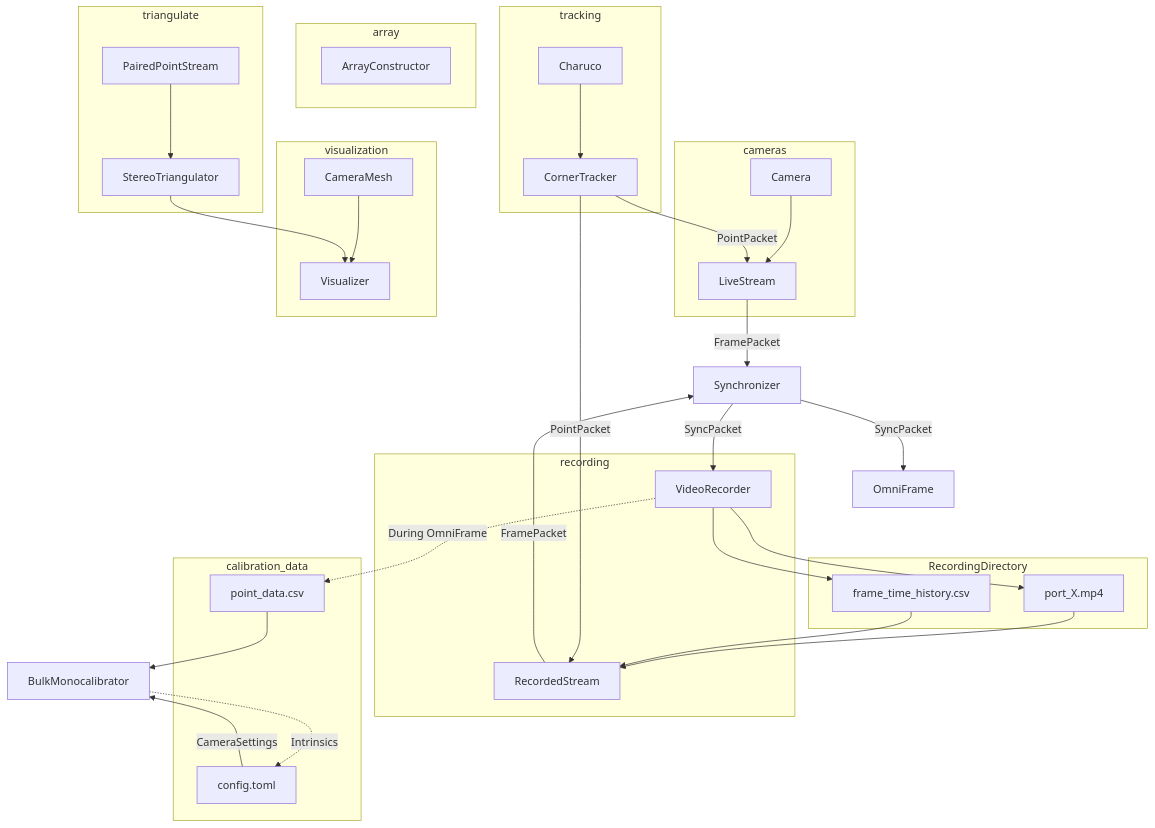
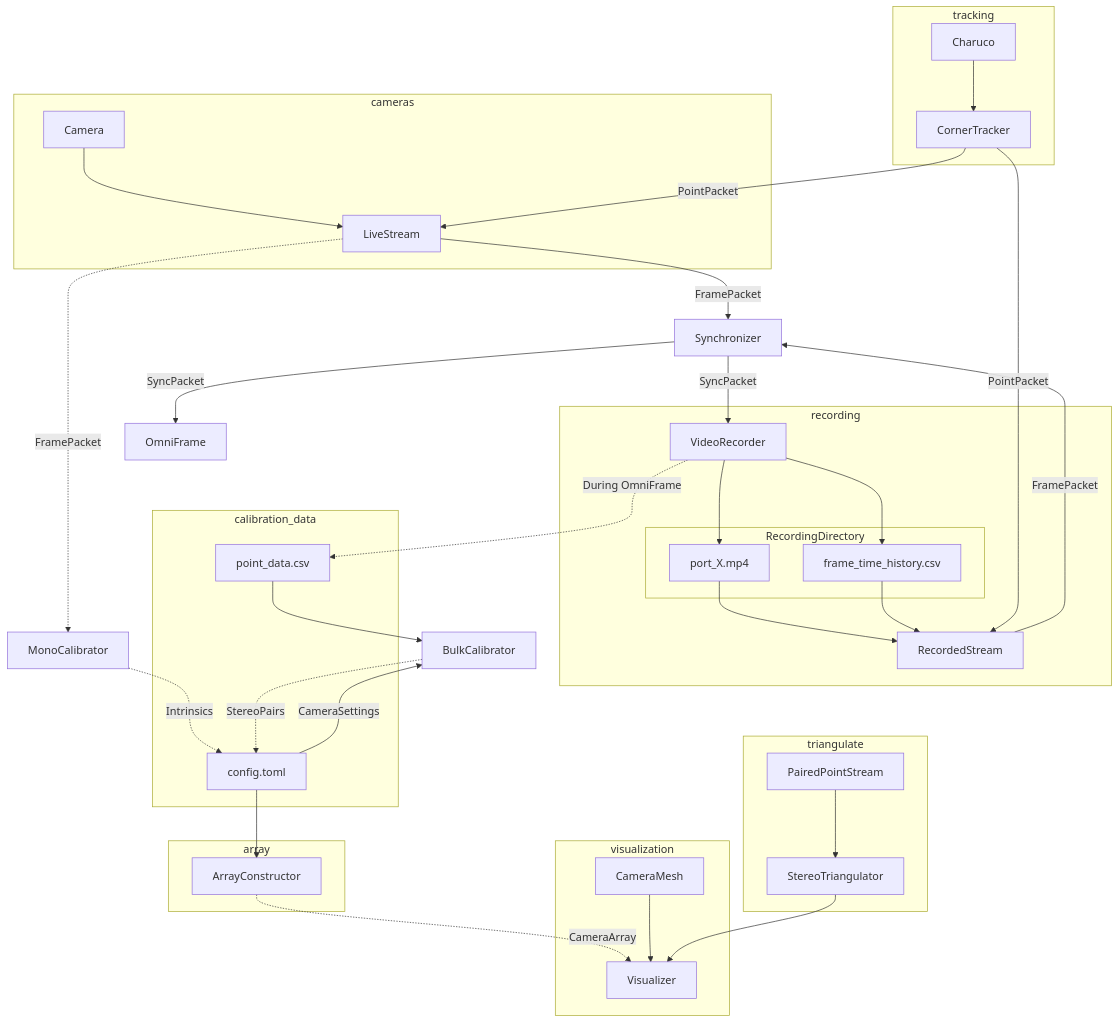
One commit to mprib/caliscope changed the diagram in README.md. Above: the diagram before and after it, drawn with Mermaid.

Commit message:
I think this is more or less whats going on

````diff
--- a/README.md
+++ b/README.md
@@ -11,64 +11,74 @@
 ```mermaid
 graph TD
 
 
 LiveStream --FramePacket--> Synchronizer
 RecordedStream --FramePacket--> Synchronizer
 Synchronizer --SyncPacket--> VideoRecorder
 
 subgraph cameras
 Camera --> LiveStream
 end
 subgraph tracking
 Charuco --> CornerTracker
 CornerTracker --PointPacket--> LiveStream
 end
 
 
 Synchronizer --SyncPacket-->  OmniFrame
 
-subgraph recording
-RecordedStream
-VideoRecorder 
-end
-
+LiveStream -.FramePacket.-> MonoCalibrator
+MonoCalibrator -.Intrinsics.-> config.toml
 
 VideoRecorder --> frame_time_history.csv
 VideoRecorder --> port_X.mp4 
 VideoRecorder -.During OmniFrame.-> point_data.csv
+port_X.mp4 --> RecordedStream
+frame_time_history.csv --> RecordedStream
+
+
+subgraph recording
+
+RecordedStream
+VideoRecorder 
 
 subgraph RecordingDirectory
-port_X.mp4 --> RecordedStream
-frame_time_history.csv --> RecordedStream
+port_X.mp4
+frame_time_history.csv
+end
+
 end
 
 
-point_data.csv --> BulkMonocalibrator
-config.toml --CameraSettings--> BulkMonocalibrator
-BulkMonocalibrator -.Intrinsics.-> config.toml
+
+point_data.csv --> BulkCalibrator
+config.toml --CameraSettings--> BulkCalibrator
+BulkCalibrator -.StereoPairs.-> config.toml
 
 
 subgraph calibration_data
 point_data.csv
 config.toml
 end
 
 
 CornerTracker --PointPacket--> RecordedStream
 
 subgraph array
-ArrayConstructor
+config.toml --> ArrayConstructor
+
 end
+ArrayConstructor -.CameraArray.-> Visualizer
 
 
 
 subgraph triangulate
 PairedPointStream --> StereoTriangulator
 end
 
 subgraph visualization
 CameraMesh --> Visualizer
 StereoTriangulator --> Visualizer
 end
 
 ```
````
